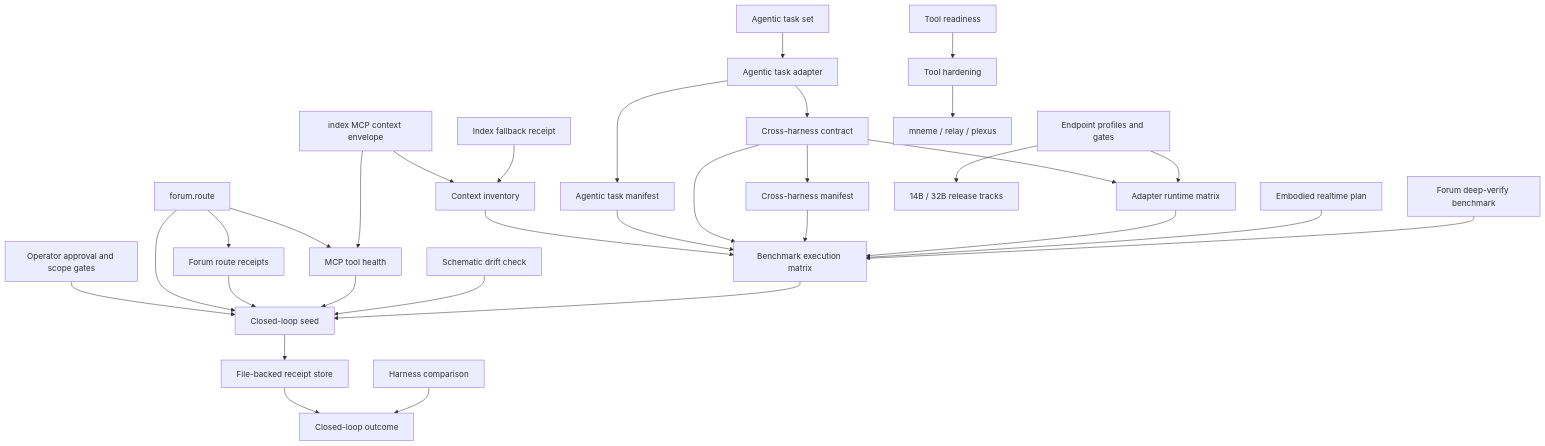
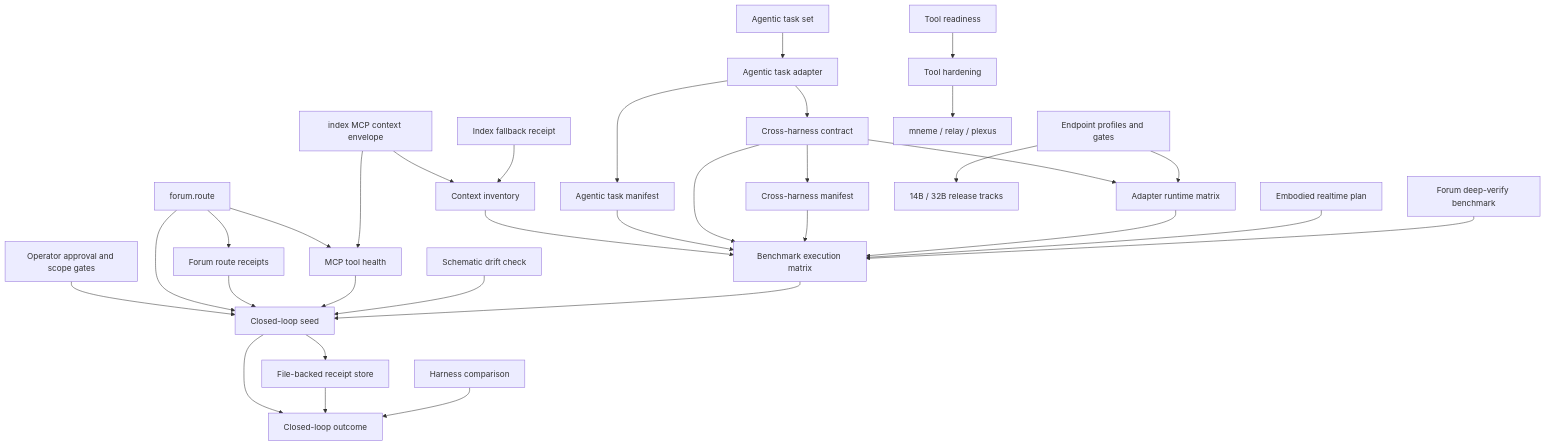
One commit to HarperZ9/flywheel changed the diagram in project-docs/records/CLOSED-LOOP-INTEGRATION-SCHEMATIC-2026-07-09.md. Above: the diagram before and after it, drawn with Mermaid. The commit also changed 14 other files, not shown here.

````diff
--- a/project-docs/records/CLOSED-LOOP-INTEGRATION-SCHEMATIC-2026-07-09.md
+++ b/project-docs/records/CLOSED-LOOP-INTEGRATION-SCHEMATIC-2026-07-09.md
@@ -17,60 +17,61 @@
 ```mermaid
 flowchart TD
     operator["Operator approval and scope gates"]
     forum["forum.route"]
     forumReceipts["Forum route receipts"]
     mcpHealth["MCP tool health"]
     index["index MCP context envelope"]
     indexFallback["Index fallback receipt"]
     inventory["Context inventory"]
     readiness["Tool readiness"]
     hardening["Tool hardening"]
     taskset["Agentic task set"]
     adapter["Agentic task adapter"]
     manifest["Agentic task manifest"]
     cross["Cross-harness contract"]
     crossManifest["Cross-harness manifest"]
     runtime["Adapter runtime matrix"]
     embodied["Embodied realtime plan"]
     drift["Schematic drift check"]
     matrix["Benchmark execution matrix"]
     seed["Closed-loop seed"]
     store["File-backed receipt store"]
     compare["Harness comparison"]
     outcome["Closed-loop outcome"]
     endpoints["Endpoint profiles and gates"]
     models["14B / 32B release tracks"]
     tools["mneme / relay / plexus"]
     forumBench["Forum deep-verify benchmark"]
 
     operator --> seed
     forum --> seed
     forum --> forumReceipts
     forumReceipts --> seed
     forum --> mcpHealth
     index --> mcpHealth
     mcpHealth --> seed
     index --> inventory
     indexFallback --> inventory
     inventory --> matrix
     readiness --> hardening
     hardening --> tools
     taskset --> adapter
     adapter --> manifest
     manifest --> matrix
     adapter --> cross
     cross --> matrix
     cross --> crossManifest
     crossManifest --> matrix
     cross --> runtime
     endpoints --> runtime
     runtime --> matrix
     embodied --> matrix
     drift --> seed
     matrix --> seed
+    seed --> outcome
     seed --> store
     store --> outcome
     compare --> outcome
     endpoints --> models
     forumBench --> matrix
 ```
````
